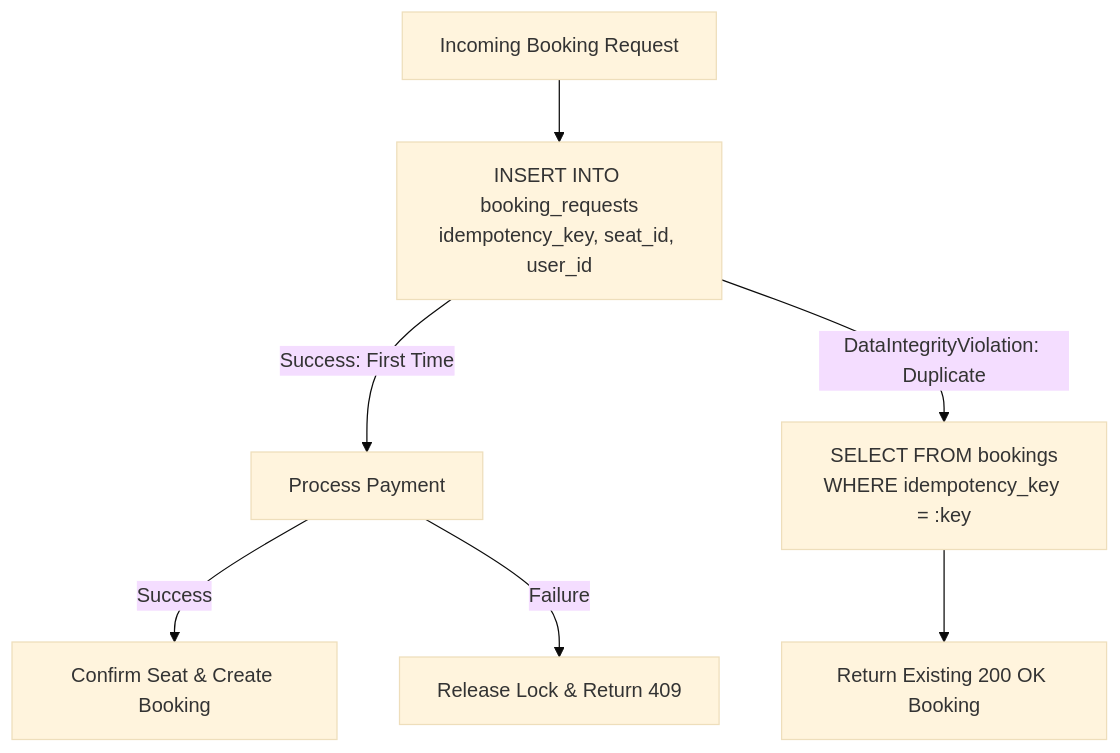
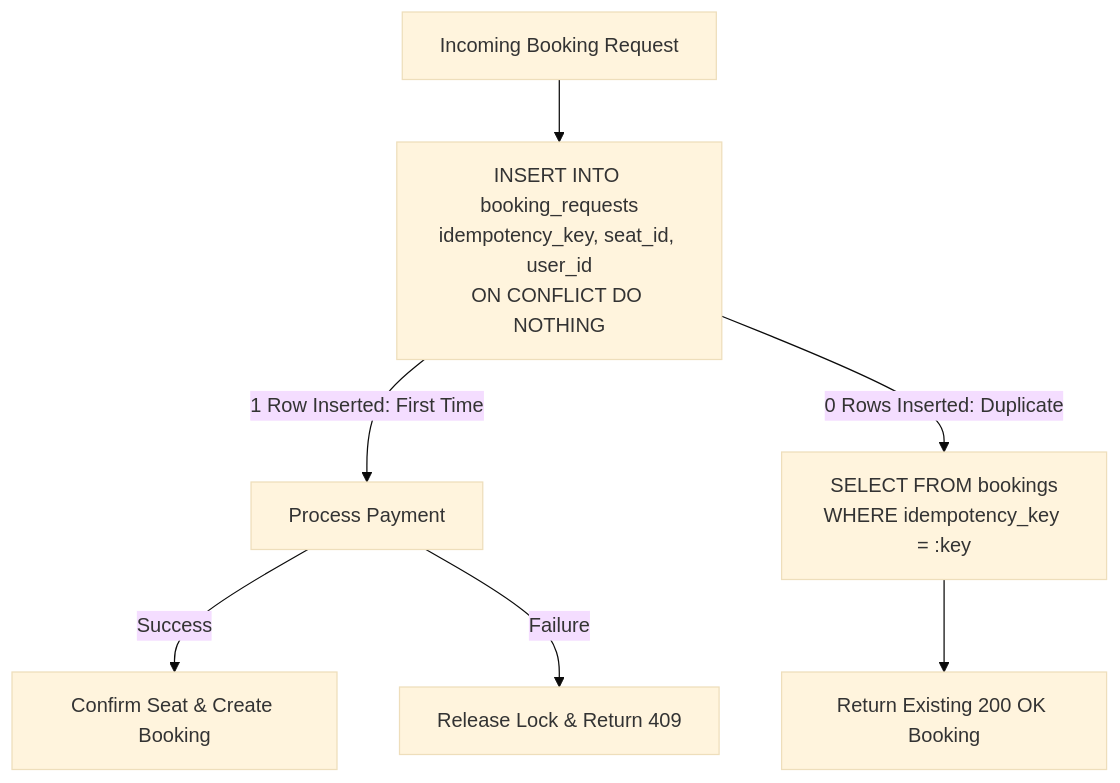
One commit to TanishqNegi4u/SeatLock changed the third of 3 diagrams in ARCHITECTURE.md. Above: the diagram before and after it, drawn with Mermaid (base theme). The commit also changed other lines of this file and 1 other file, not shown here.

Commit message:
docs(phase-6): update ARCHITECTURE.md and INTERVIEW_DEFENSE.md for final pass

````diff
--- a/ARCHITECTURE.md
+++ b/ARCHITECTURE.md
@@ -124,9 +145,9 @@
 ```mermaid
 flowchart TD
-    Req[Incoming Booking Request] --> Insert[INSERT INTO booking_requests<br/>idempotency_key, seat_id, user_id]
-    Insert -->|Success: First Time| Pay[Process Payment]
-    Insert -->|DataIntegrityViolation: Duplicate| Query[SELECT FROM bookings<br/>WHERE idempotency_key = :key]
+    Req[Incoming Booking Request] --> Insert[INSERT INTO booking_requests<br/>idempotency_key, seat_id, user_id<br/>ON CONFLICT DO NOTHING]
+    Insert -->|1 Row Inserted: First Time| Pay[Process Payment]
+    Insert -->|0 Rows Inserted: Duplicate| Query[SELECT FROM bookings<br/>WHERE idempotency_key = :key]
     Query --> ReturnCached[Return Existing 200 OK Booking]
     Pay -->|Success| Confirm[Confirm Seat & Create Booking]
     Pay -->|Failure| Compensate[Release Lock & Return 409]
 ```
````
